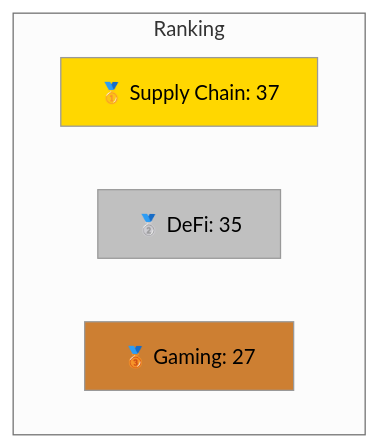
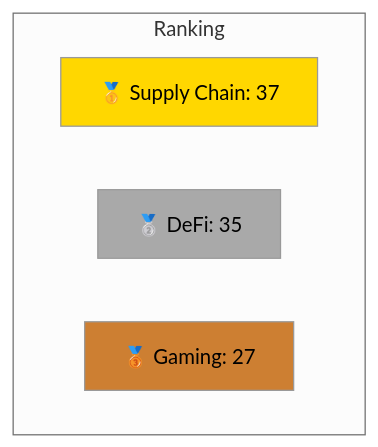
Before and after one commit to ljg-cqu/knowledge: the sixth of 22 diagrams in Industry/Blockchain/Blockchain/ValueChain/QA_ClaudeOpus.md, drawn with Mermaid (neutral theme). The commit also changed other lines of this file and 6 other files, not shown here.

````diff
--- a/Industry/Blockchain/Blockchain/ValueChain/QA_ClaudeOpus.md
+++ b/Industry/Blockchain/Blockchain/ValueChain/QA_ClaudeOpus.md
@@ -586,12 +586,12 @@
 ```mermaid
 graph TB
     subgraph Ranking
     R1[🥇 Supply Chain: 37]
     R2[🥈 DeFi: 35]
     R3[🥉 Gaming: 27]
     end
     
-    style R1 fill:#ffd700
-    style R2 fill:#c0c0c0
+    style R1 fill:#FFD700
+    style R2 fill:#A9A9A9
     style R3 fill:#cd7f32
 ```
````
